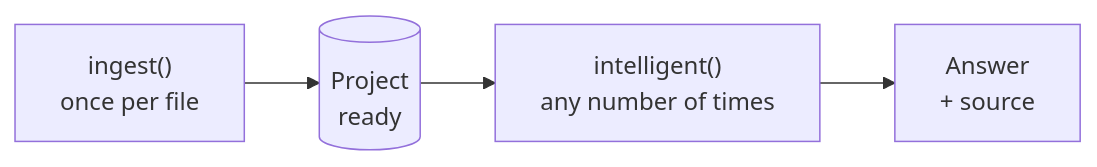
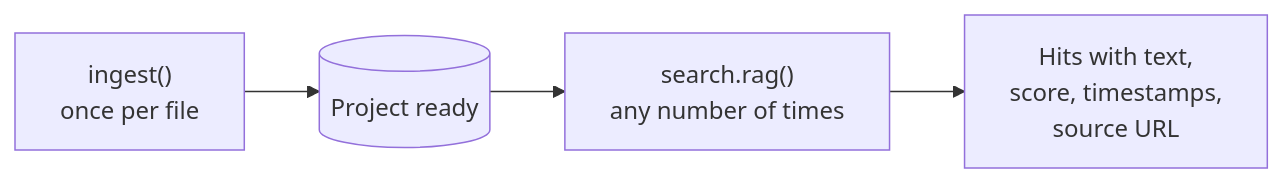
Before and after one commit to Kurious-AI/getting-started: the second of 2 diagrams in README.md, drawn with Mermaid. The commit also changed other lines of this file, not shown here.

````diff
--- a/README.md
+++ b/README.md
@@ -186,6 +317,6 @@
 ```mermaid
 flowchart LR
-    A["ingest()<br/>once per file"] --> B[(Project<br/>ready)]
-    B --> C["intelligent()<br/>any number of times"]
-    C --> D[Answer<br/>+ source]
+    A["ingest()<br/>once per file"] --> B[(Project ready)]
+    B --> C["search.rag()<br/>any number of times"]
+    C --> D[Hits with text,<br/>score, timestamps,<br/>source URL]
 ```
````
